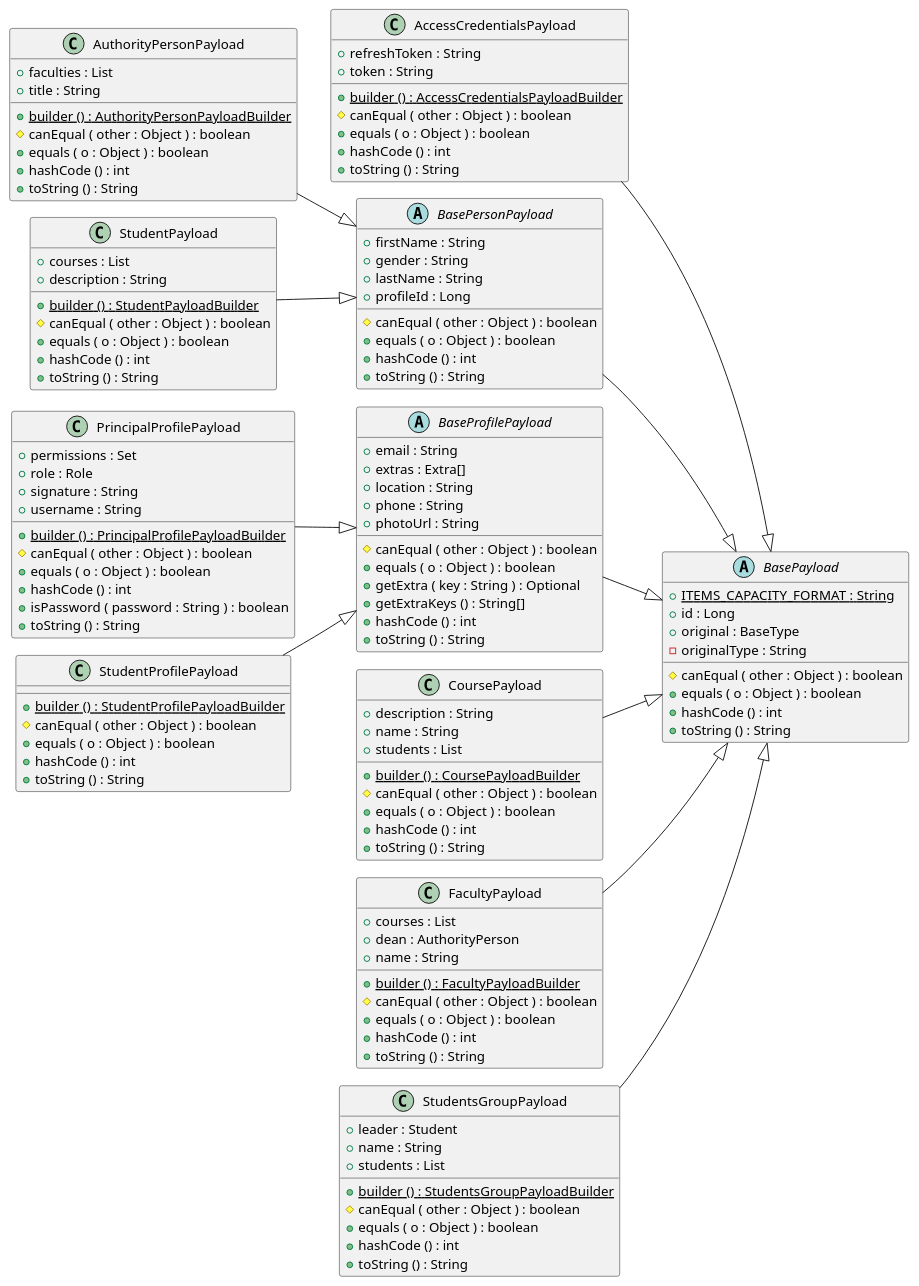
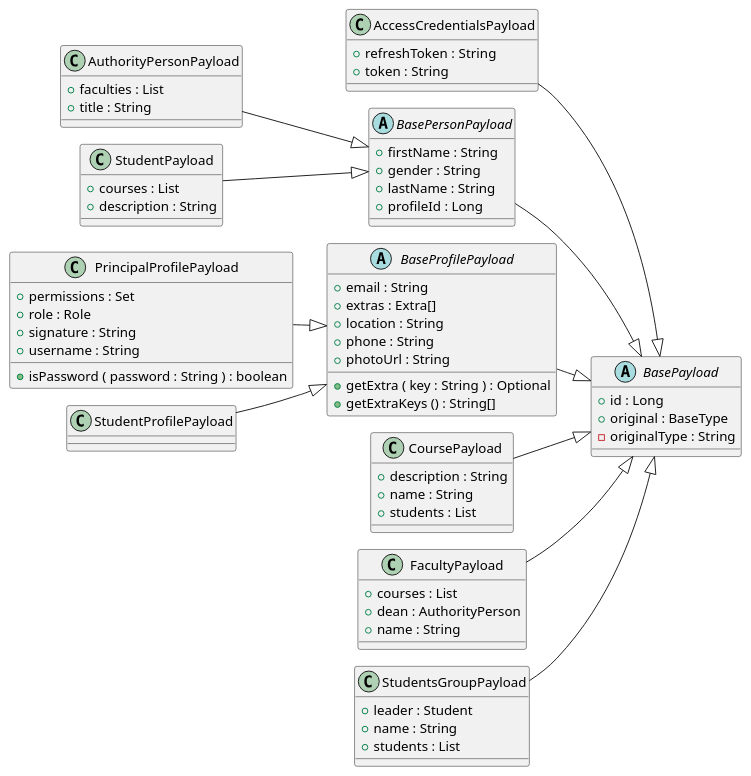
The diagram in business-logic/documentation/puml/class-diagrams/BusinessExecutableCommandMessageModel.puml (OlegSopilnyak/school-demo), drawn with PlantUML before and after one commit. The commit also changed 69 other files, not shown here.

```diff
--- a/business-logic/documentation/puml/class-diagrams/BusinessExecutableCommandMessageModel.puml
+++ b/business-logic/documentation/puml/class-diagrams/BusinessExecutableCommandMessageModel.puml
@@ -3,152 +3,99 @@
 @startuml
 !pragma layout smetana
 
 left to right direction
 
 
 class AccessCredentialsPayload {
 	{field} +refreshToken : String
 	{field} +token : String
-	{method}  {static} +builder () : AccessCredentialsPayloadBuilder
-	{method} #canEqual ( other : Object ) : boolean
-	{method} +equals ( o : Object ) : boolean
-	{method} +hashCode () : int
-	{method} +toString () : String
 }
 
 
 class AuthorityPersonPayload {
 	{field} +faculties : List
 	{field} +title : String
-	{method}  {static} +builder () : AuthorityPersonPayloadBuilder
-	{method} #canEqual ( other : Object ) : boolean
-	{method} +equals ( o : Object ) : boolean
-	{method} +hashCode () : int
-	{method} +toString () : String
 }
 
 
 abstract class BasePayload {
-	{field} {static} +ITEMS_CAPACITY_FORMAT : String
 	{field} +id : Long
 	{field} +original : BaseType
 	{field} -originalType : String
-	{method} #canEqual ( other : Object ) : boolean
-	{method} +equals ( o : Object ) : boolean
-	{method} +hashCode () : int
-	{method} +toString () : String
 }
 
 
 abstract class BasePersonPayload {
 	{field} +firstName : String
 	{field} +gender : String
 	{field} +lastName : String
 	{field} +profileId : Long
-	{method} #canEqual ( other : Object ) : boolean
-	{method} +equals ( o : Object ) : boolean
-	{method} +hashCode () : int
-	{method} +toString () : String
 }
 
 
 abstract class BaseProfilePayload {
 	{field} +email : String
 	{field} +extras : Extra[]
 	{field} +location : String
 	{field} +phone : String
 	{field} +photoUrl : String
-	{method} #canEqual ( other : Object ) : boolean
-	{method} +equals ( o : Object ) : boolean
 	{method} +getExtra ( key : String ) : Optional
 	{method} +getExtraKeys () : String[]
-	{method} +hashCode () : int
-	{method} +toString () : String
 }
 
 
 class CoursePayload {
 	{field} +description : String
 	{field} +name : String
 	{field} +students : List
-	{method}  {static} +builder () : CoursePayloadBuilder
-	{method} #canEqual ( other : Object ) : boolean
-	{method} +equals ( o : Object ) : boolean
-	{method} +hashCode () : int
-	{method} +toString () : String
 }
 
 
 class FacultyPayload {
 	{field} +courses : List
 	{field} +dean : AuthorityPerson
 	{field} +name : String
-	{method}  {static} +builder () : FacultyPayloadBuilder
-	{method} #canEqual ( other : Object ) : boolean
-	{method} +equals ( o : Object ) : boolean
-	{method} +hashCode () : int
-	{method} +toString () : String
 }
 
 
 class PrincipalProfilePayload {
 	{field} +permissions : Set
 	{field} +role : Role
 	{field} +signature : String
 	{field} +username : String
-	{method}  {static} +builder () : PrincipalProfilePayloadBuilder
-	{method} #canEqual ( other : Object ) : boolean
-	{method} +equals ( o : Object ) : boolean
-	{method} +hashCode () : int
 	{method} +isPassword ( password : String ) : boolean
-	{method} +toString () : String
 }
 
 
 class StudentPayload {
 	{field} +courses : List
 	{field} +description : String
-	{method}  {static} +builder () : StudentPayloadBuilder
-	{method} #canEqual ( other : Object ) : boolean
-	{method} +equals ( o : Object ) : boolean
-	{method} +hashCode () : int
-	{method} +toString () : String
 }
 
 
 class StudentProfilePayload {
-	{method}  {static} +builder () : StudentProfilePayloadBuilder
-	{method} #canEqual ( other : Object ) : boolean
-	{method} +equals ( o : Object ) : boolean
-	{method} +hashCode () : int
-	{method} +toString () : String
 }
 
 
 class StudentsGroupPayload {
 	{field} +leader : Student
 	{field} +name : String
 	{field} +students : List
-	{method}  {static} +builder () : StudentsGroupPayloadBuilder
-	{method} #canEqual ( other : Object ) : boolean
-	{method} +equals ( o : Object ) : boolean
-	{method} +hashCode () : int
-	{method} +toString () : String
 }
 
 
 
 
 AccessCredentialsPayload --|>  BasePayload
 AuthorityPersonPayload --|>  BasePersonPayload
 BasePersonPayload --|>  BasePayload
 BaseProfilePayload --|>  BasePayload
 CoursePayload --|>  BasePayload
 FacultyPayload --|>  BasePayload
 PrincipalProfilePayload --|>  BaseProfilePayload
 StudentPayload --|>  BasePersonPayload
 StudentProfilePayload --|>  BaseProfilePayload
 StudentsGroupPayload --|>  BasePayload
 
 
 @enduml
```
